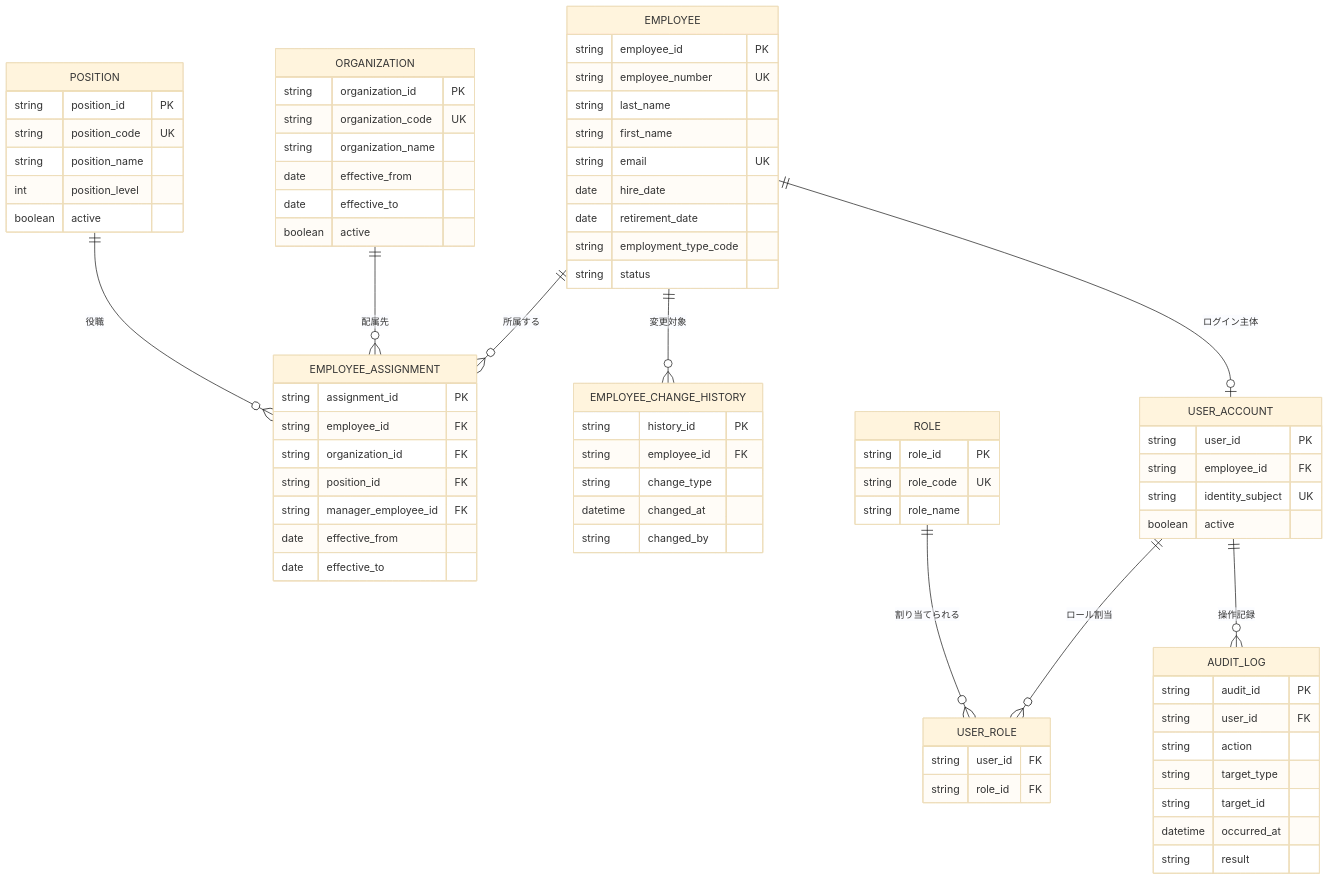
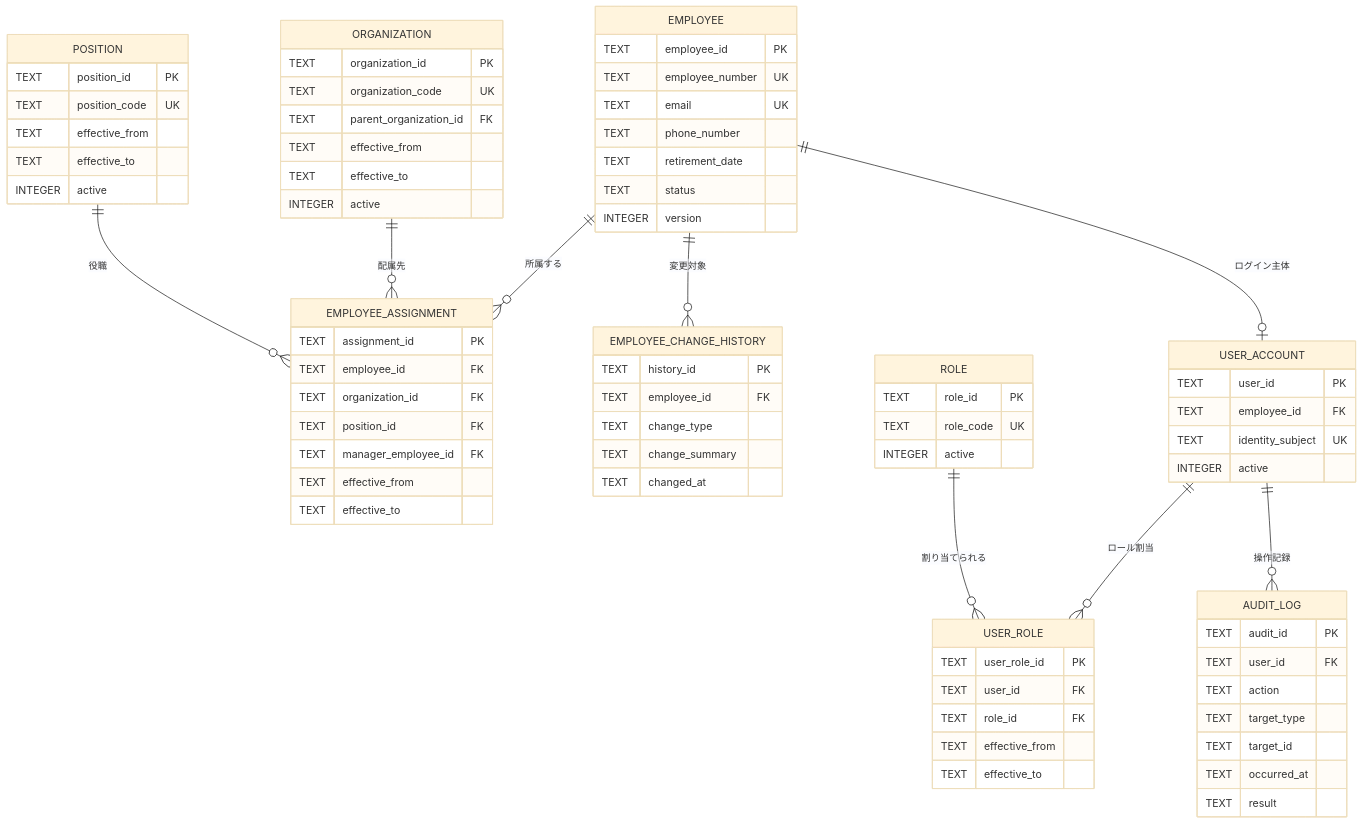
Before and after one commit to sikakou54/system-document-template: the diagram in 統合設計書/社員名簿管理システム/06_データベース設計.md, drawn with Mermaid (base theme). The commit also changed other lines of this file and 40 other files, not shown here.

````diff
--- a/統合設計書/社員名簿管理システム/06_データベース設計.md
+++ b/統合設計書/社員名簿管理システム/06_データベース設計.md
@@ -9,78 +32,79 @@
 ```mermaid
 erDiagram
     EMPLOYEE ||--o{ EMPLOYEE_ASSIGNMENT : "所属する"
     ORGANIZATION ||--o{ EMPLOYEE_ASSIGNMENT : "配属先"
     POSITION ||--o{ EMPLOYEE_ASSIGNMENT : "役職"
     EMPLOYEE ||--o{ EMPLOYEE_CHANGE_HISTORY : "変更対象"
     EMPLOYEE ||--o| USER_ACCOUNT : "ログイン主体"
     USER_ACCOUNT ||--o{ USER_ROLE : "ロール割当"
     ROLE ||--o{ USER_ROLE : "割り当てられる"
     USER_ACCOUNT ||--o{ AUDIT_LOG : "操作記録"
 
     EMPLOYEE {
-        string employee_id PK
-        string employee_number UK
-        string last_name
-        string first_name
-        string email UK
-        date hire_date
-        date retirement_date
-        string employment_type_code
-        string status
+        TEXT employee_id PK
+        TEXT employee_number UK
+        TEXT email UK
+        TEXT phone_number
+        TEXT retirement_date
+        TEXT status
+        INTEGER version
     }
     EMPLOYEE_ASSIGNMENT {
-        string assignment_id PK
-        string employee_id FK
-        string organization_id FK
-        string position_id FK
-        string manager_employee_id FK
-        date effective_from
-        date effective_to
+        TEXT assignment_id PK
+        TEXT employee_id FK
+        TEXT organization_id FK
+        TEXT position_id FK
+        TEXT manager_employee_id FK
+        TEXT effective_from
+        TEXT effective_to
     }
     ORGANIZATION {
-        string organization_id PK
-        string organization_code UK
-        string organization_name
-        date effective_from
-        date effective_to
-        boolean active
+        TEXT organization_id PK
+        TEXT organization_code UK
+        TEXT parent_organization_id FK
+        TEXT effective_from
+        TEXT effective_to
+        INTEGER active
     }
     POSITION {
-        string position_id PK
-        string position_code UK
-        string position_name
-        int position_level
-        boolean active
+        TEXT position_id PK
+        TEXT position_code UK
+        TEXT effective_from
+        TEXT effective_to
+        INTEGER active
     }
     EMPLOYEE_CHANGE_HISTORY {
-        string history_id PK
-        string employee_id FK
-        string change_type
-        datetime changed_at
-        string changed_by
+        TEXT history_id PK
+        TEXT employee_id FK
+        TEXT change_type
+        TEXT change_summary
+        TEXT changed_at
     }
     USER_ACCOUNT {
-        string user_id PK
-        string employee_id FK
-        string identity_subject UK
-        boolean active
+        TEXT user_id PK
+        TEXT employee_id FK
+        TEXT identity_subject UK
+        INTEGER active
     }
     ROLE {
-        string role_id PK
-        string role_code UK
-        string role_name
+        TEXT role_id PK
+        TEXT role_code UK
+        INTEGER active
     }
     USER_ROLE {
-        string user_id FK
-        string role_id FK
+        TEXT user_role_id PK
+        TEXT user_id FK
+        TEXT role_id FK
+        TEXT effective_from
+        TEXT effective_to
     }
     AUDIT_LOG {
-        string audit_id PK
-        string user_id FK
-        string action
-        string target_type
-        string target_id
-        datetime occurred_at
-        string result
+        TEXT audit_id PK
+        TEXT user_id FK
+        TEXT action
+        TEXT target_type
+        TEXT target_id
+        TEXT occurred_at
+        TEXT result
     }
 ```
````
